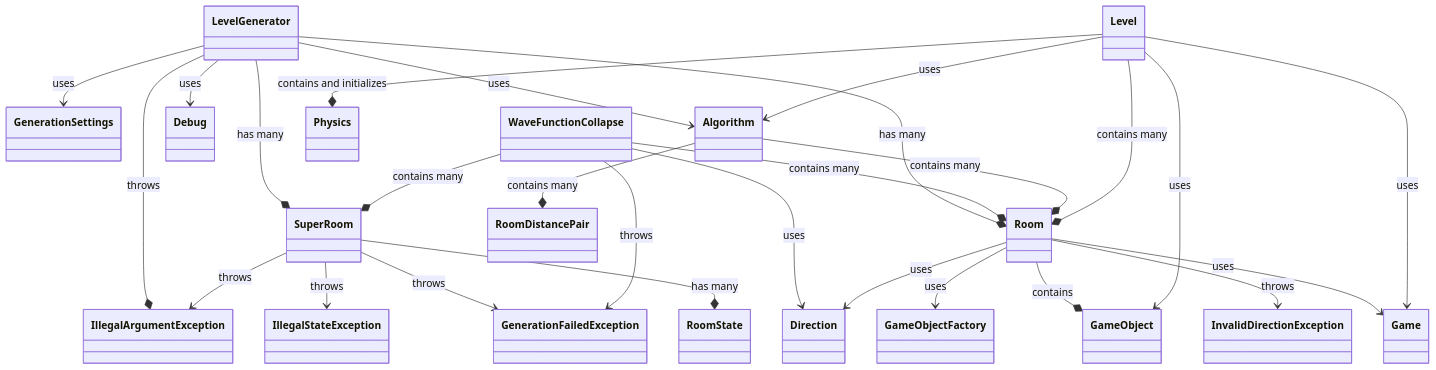
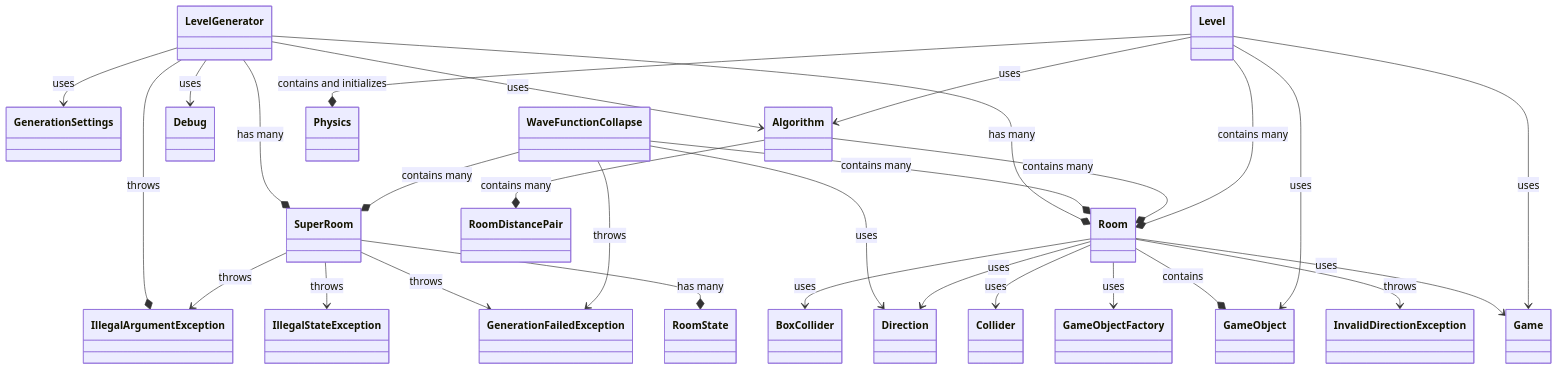
One commit to Rimaro03/docs-exam-slayer changed the third of 10 diagrams in docs/design/class_diagrams.md. Above: the diagram before and after it, drawn with Mermaid. The commit also changed other lines of this file, not shown here.

Commit message:
finished class diagram links

````diff
--- a/docs/design/class_diagrams.md
+++ b/docs/design/class_diagrams.md
@@ -21,34 +22,36 @@
 ```mermaid
 classDiagram
   LevelGenerator --> GenerationSettings: uses
   LevelGenerator --* Room: has many
   LevelGenerator --* IllegalArgumentException: throws
   LevelGenerator --* SuperRoom: has many
   LevelGenerator --> Algorithm: uses
   LevelGenerator --> Debug: uses
 
   SuperRoom --* RoomState: has many
   SuperRoom --> GenerationFailedException: throws
   SuperRoom --> IllegalArgumentException: throws
   SuperRoom --> IllegalStateException: throws
   
   WaveFunctionCollapse --* SuperRoom: contains many
   WaveFunctionCollapse --* Room: contains many
   WaveFunctionCollapse --> GenerationFailedException: throws
   WaveFunctionCollapse --> Direction: uses
   
   Algorithm --* RoomDistancePair: contains many
   Algorithm --* Room: contains many
 
   Room --> Direction: uses
   Room --> InvalidDirectionException: throws
   Room --> Game: uses
   Room --* GameObject: contains
   Room --> GameObjectFactory: uses
+  Room --> Collider: uses
+  Room --> BoxCollider: uses
   
   Level --> Algorithm: uses
   Level --* Room: contains many
   Level --* Physics: contains and initializes
   Level --> Game: uses
   Level --> GameObject: uses
 ```
````
